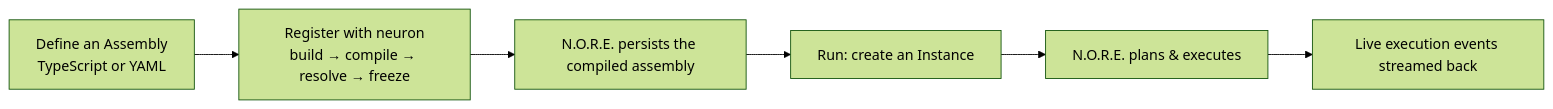
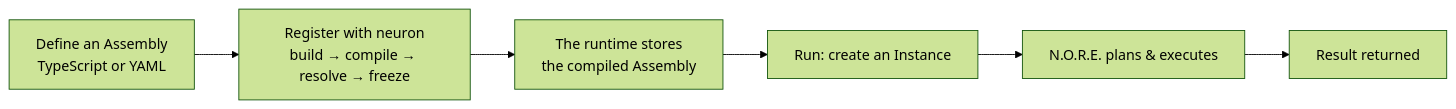
Before and after one commit to neuron-runtime/neuron: the fifth of 7 diagrams in README.md, drawn with Mermaid (forest theme). The commit also changed other lines of this file and 3 other files, not shown here.

First line of the commit message:
docs+cli: align run flow, command surfaces, and store docs

````diff
--- a/README.md
+++ b/README.md
@@ -224,8 +224,8 @@
 ```mermaid
 flowchart LR
     A[Define an Assembly<br/>TypeScript or YAML] --> B[Register with neuron<br/>build → compile → resolve → freeze]
-    B --> C[N.O.R.E. persists the compiled assembly]
+    B --> C[The runtime stores<br/>the compiled Assembly]
     C --> D[Run: create an Instance]
     D --> E[N.O.R.E. plans & executes]
-    E --> F[Live execution events streamed back]
+    E --> F[Result returned]
 ```
````
